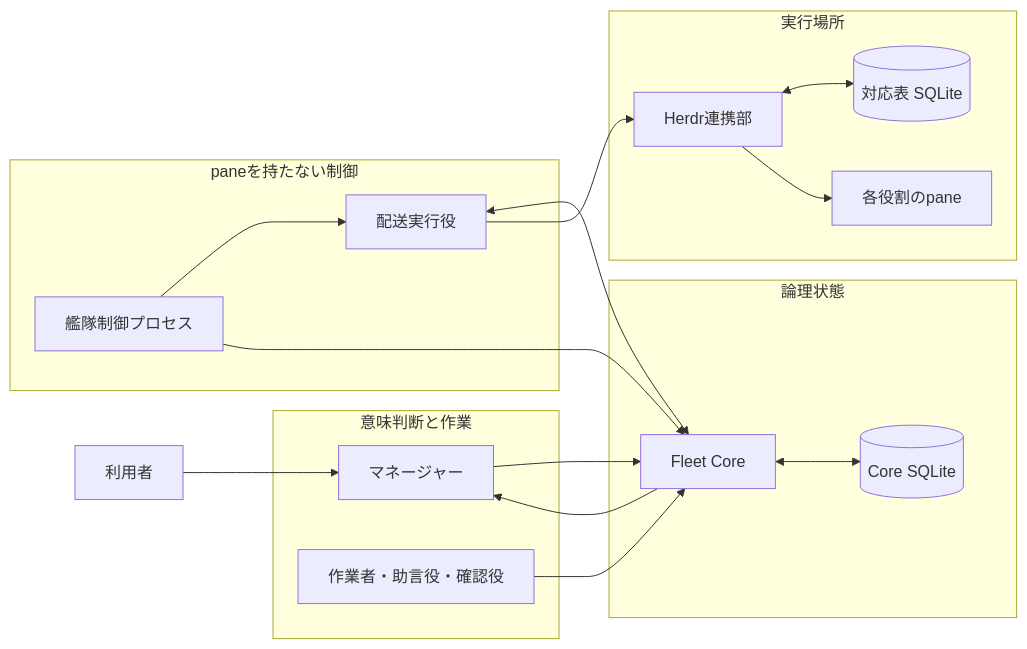
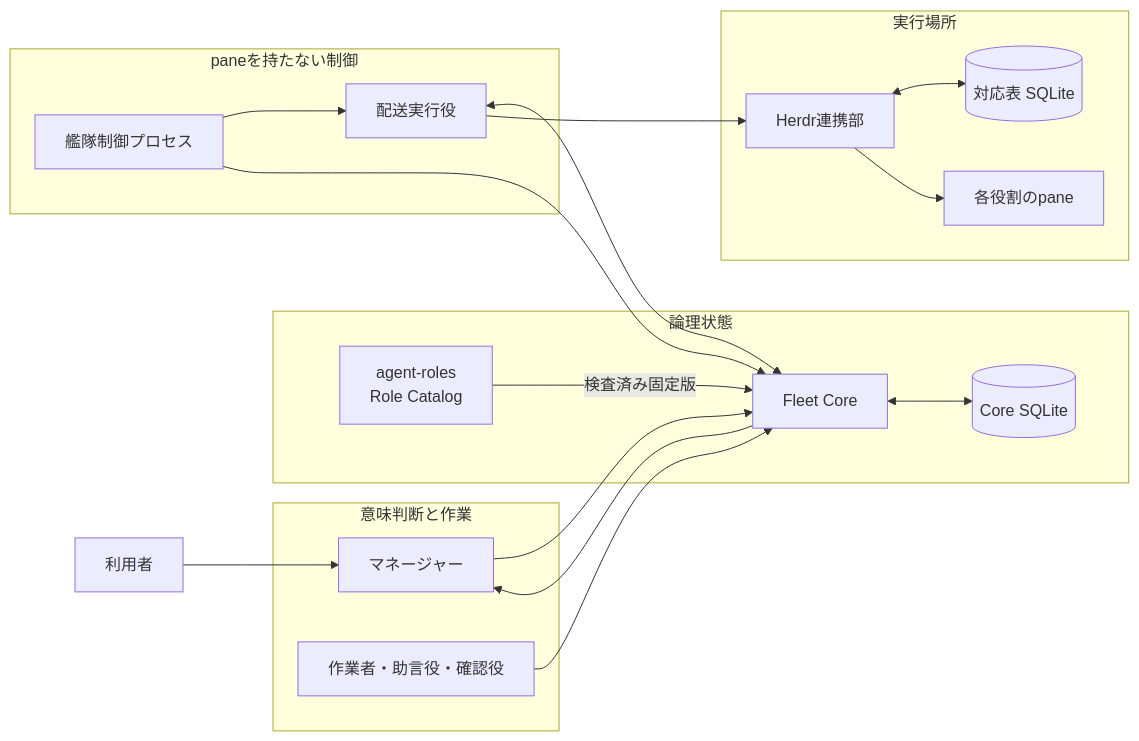
The first of 12 diagrams in docs/2026-08-31-エージェント艦隊-連携と全体制御.md (nakamori-naoya/agent-fleet-plugins), drawn with Mermaid before and after one commit. The commit also changed other lines of this file and 26 other files, not shown here.

Commit message:
feat: resolve fleet roles from catalog (#14)

````diff
--- a/docs/2026-08-31-エージェント艦隊-連携と全体制御.md
+++ b/docs/2026-08-31-エージェント艦隊-連携と全体制御.md
@@ -32,32 +33,34 @@
 ```mermaid
 flowchart LR
     U[利用者]
     subgraph R[意味判断と作業]
         M[マネージャー]
         W[作業者・助言役・確認役]
     end
     subgraph C[論理状態]
+        RC[agent-roles<br/>Role Catalog]
         CORE[Fleet Core]
         CDB[(Core SQLite)]
+        RC -->|検査済み固定版| CORE
         CORE <--> CDB
     end
     subgraph X[paneを持たない制御]
         FC[艦隊制御プロセス]
         DR[配送実行役]
         FC --> DR
     end
     subgraph H[実行場所]
         HA[Herdr連携部]
         HDB[(対応表 SQLite)]
         P[各役割のpane]
         HA <--> HDB
         HA --> P
     end
     U --> M
     M --> CORE
     W --> CORE
     FC --> CORE
     DR <--> CORE
     DR --> HA
     CORE --> M
 ```
````
